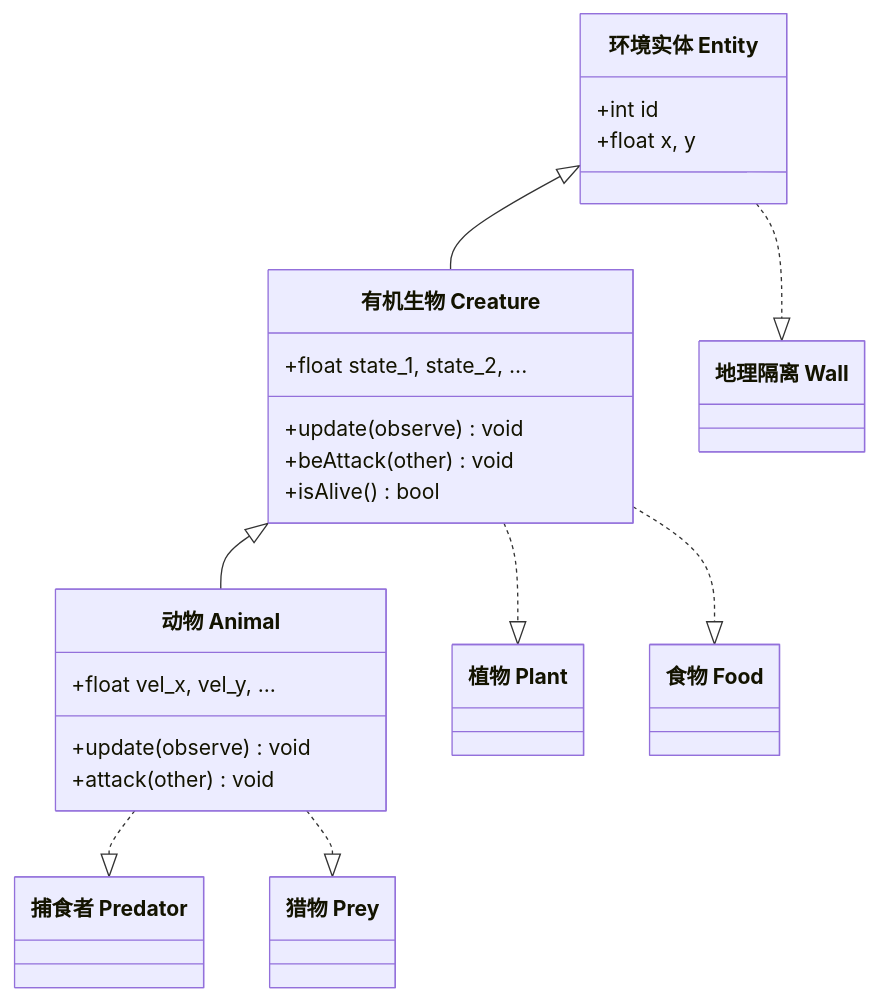
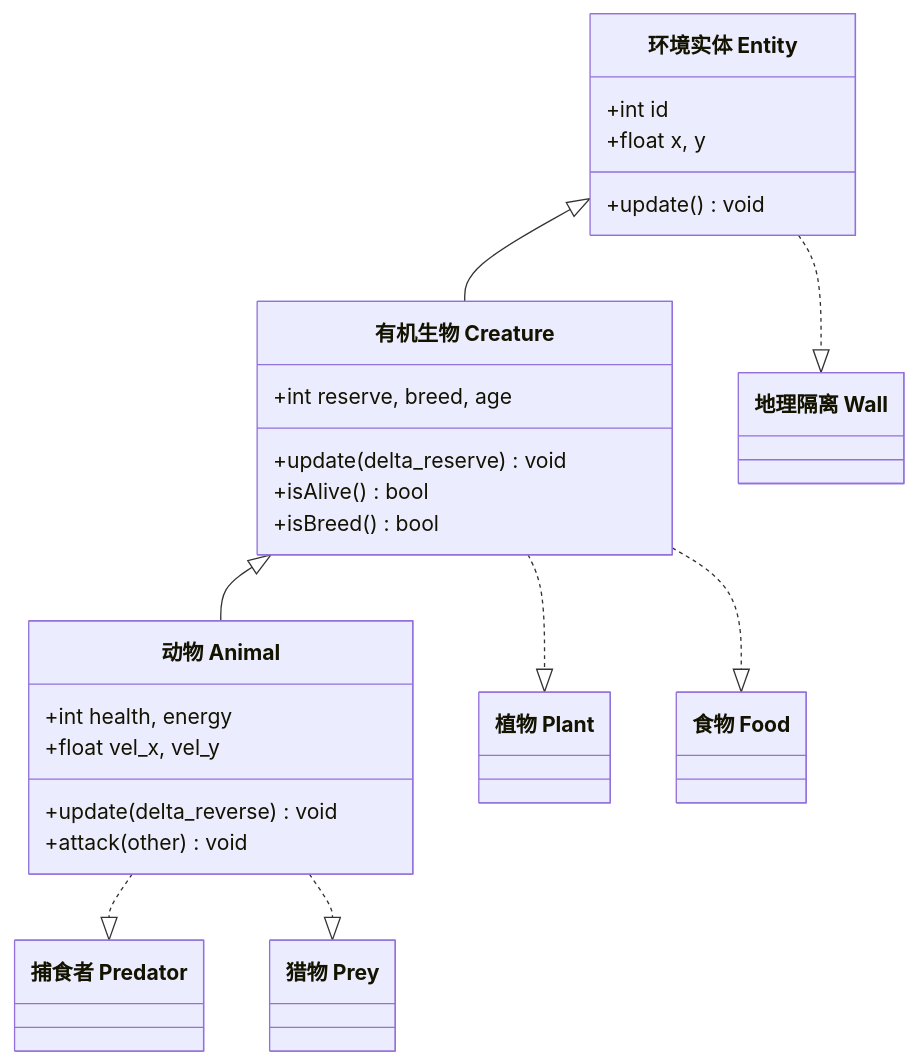
Before and after one commit to clostou/ecoSim: the third of 4 diagrams in ecoSim.md, drawn with Mermaid. The commit also changed other lines of this file and 16 other files, not shown here.

````diff
--- a/ecoSim.md
+++ b/ecoSim.md
@@ -352,33 +350,35 @@
 ```mermaid
 classDiagram
   class Entity ["环境实体 Entity"]{
     +int id
     +float x, y
+    +update() void
   }
   class Creature ["有机生物 Creature"]{
-    +float state_1, state_2, ...
-    +update(observe) void
-    +beAttack(other) void
+    +int reserve, breed, age
+    +update(delta_reserve) void
     +isAlive() bool
+    +isBreed() bool
   }
   class Animal ["动物 Animal"]{
-    +float vel_x, vel_y, ...
-    +update(observe) void
+    +int health, energy
+    +float vel_x, vel_y
+    +update(delta_reverse) void
     +attack(other) void
   }
   
   class Wall ["地理隔离 Wall"]
   class Plant ["植物 Plant"]
   class Food ["食物 Food"]
   class Predator ["捕食者 Predator"]
   class Prey ["猎物 Prey"]
   
   Entity <|-- Creature
   Creature <|-- Animal
   
   Entity ..|> Wall
   Creature ..|> Plant
   Creature ..|> Food
   Animal ..|> Predator
   Animal ..|> Prey
 ```
````
